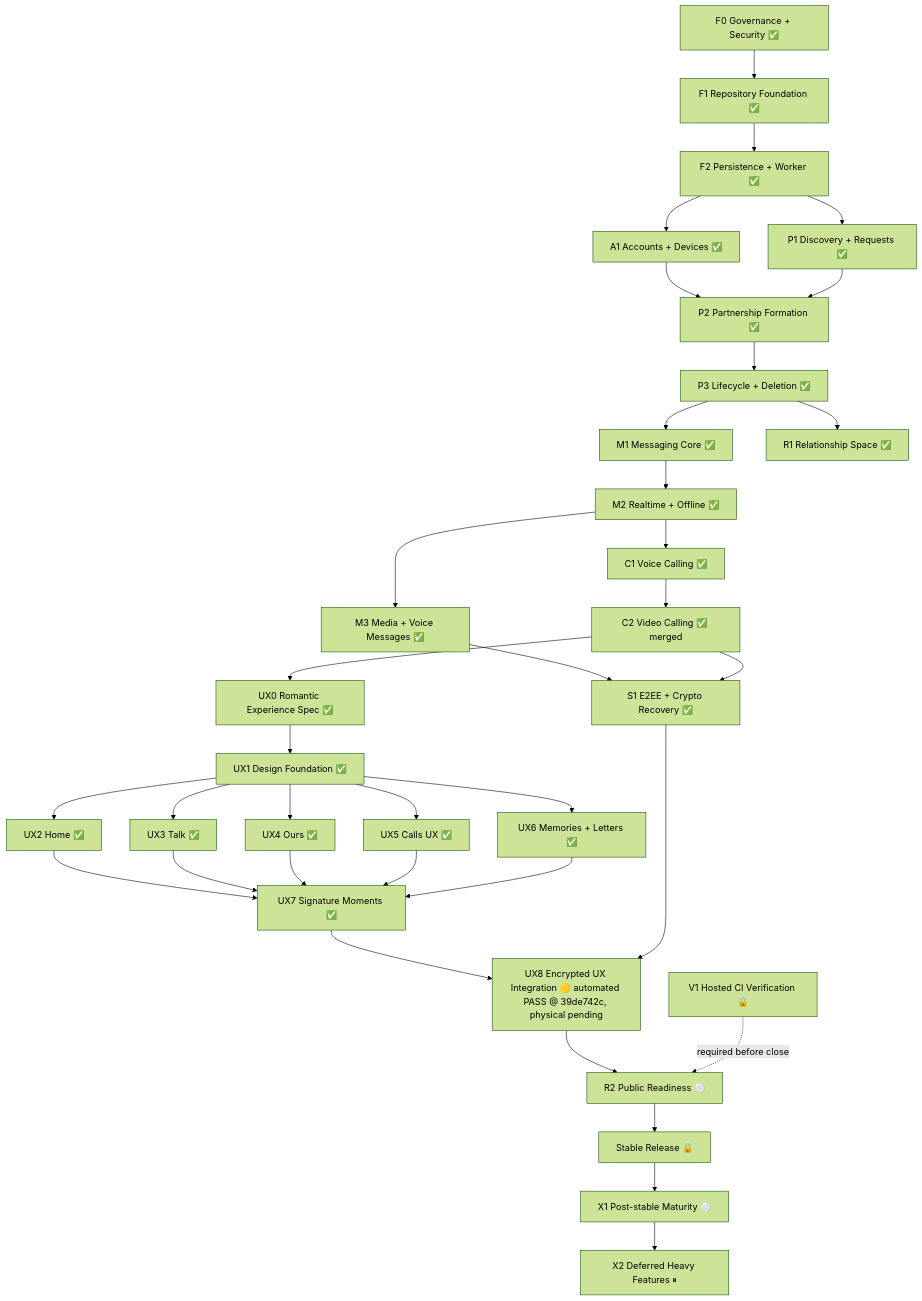
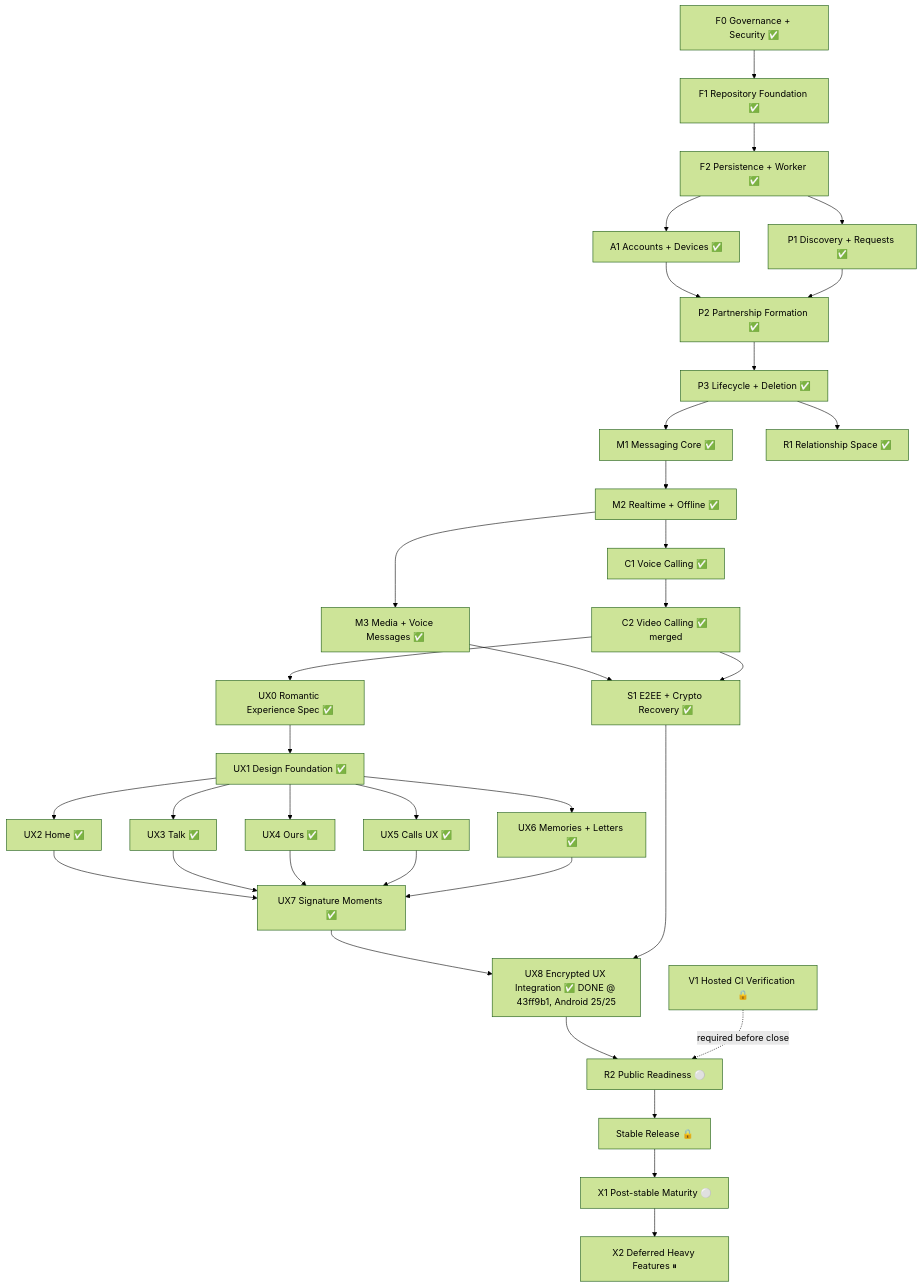
Before and after one commit to ekamal22/shawtie-pls-app: the diagram in docs/EXECUTION_GRAPH.md, drawn with Mermaid (forest theme). The commit also changed other lines of this file and 11 other files, not shown here.

```diff
--- a/docs/EXECUTION_GRAPH.md
+++ b/docs/EXECUTION_GRAPH.md
@@ -99,47 +99,47 @@
 ~~~mermaid
 flowchart TD
     F0["F0 Governance + Security ✅"] --> F1["F1 Repository Foundation ✅"]
     F1 --> F2["F2 Persistence + Worker ✅"]
 
     F2 --> A1["A1 Accounts + Devices ✅"]
     F2 --> P1["P1 Discovery + Requests ✅"]
 
     A1 --> P2["P2 Partnership Formation ✅"]
     P1 --> P2
 
     P2 --> P3["P3 Lifecycle + Deletion ✅"]
 
     P3 --> M1["M1 Messaging Core ✅"]
     P3 --> R1["R1 Relationship Space ✅"]
 
     M1 --> M2["M2 Realtime + Offline ✅"]
 
     M2 --> M3["M3 Media + Voice Messages ✅"]
     M2 --> C1["C1 Voice Calling ✅"]
     C1 --> C2["C2 Video Calling ✅ merged"]
 
     C2 --> UX0["UX0 Romantic Experience Spec ✅"]
     UX0 --> UX1["UX1 Design Foundation ✅"]
     UX1 --> UX2["UX2 Home ✅"]
     UX1 --> UX3["UX3 Talk ✅"]
     UX1 --> UX4["UX4 Ours ✅"]
     UX1 --> UX5["UX5 Calls UX ✅"]
     UX1 --> UX6["UX6 Memories + Letters ✅"]
     UX2 --> UX7["UX7 Signature Moments ✅"]
     UX3 --> UX7
     UX4 --> UX7
     UX5 --> UX7
     UX6 --> UX7
 
     M3 --> S1["S1 E2EE + Crypto Recovery ✅"]
     C2 --> S1
-    UX7 --> UX8["UX8 Encrypted UX Integration 🟡 automated PASS @ 39de742c, physical pending"]
+    UX7 --> UX8["UX8 Encrypted UX Integration ✅ DONE @ 43ff9b1, Android 25/25"]
     S1 --> UX8
 
     UX8 --> R2["R2 Public Readiness ⚪"]
     V1["V1 Hosted CI Verification 🔒"] -. required before close .-> R2
 
     R2 --> RELEASE["Stable Release 🔒"]
     RELEASE --> X1["X1 Post-stable Maturity ⚪"]
     X1 --> X2["X2 Deferred Heavy Features ⏸"]
 ~~~
```
